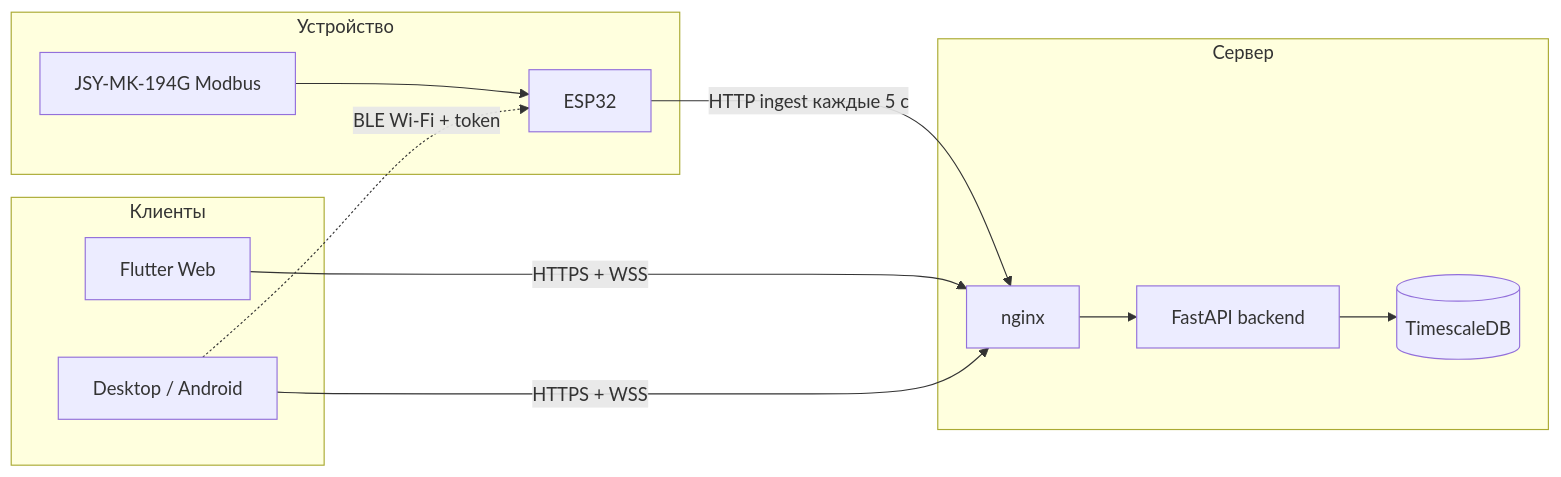
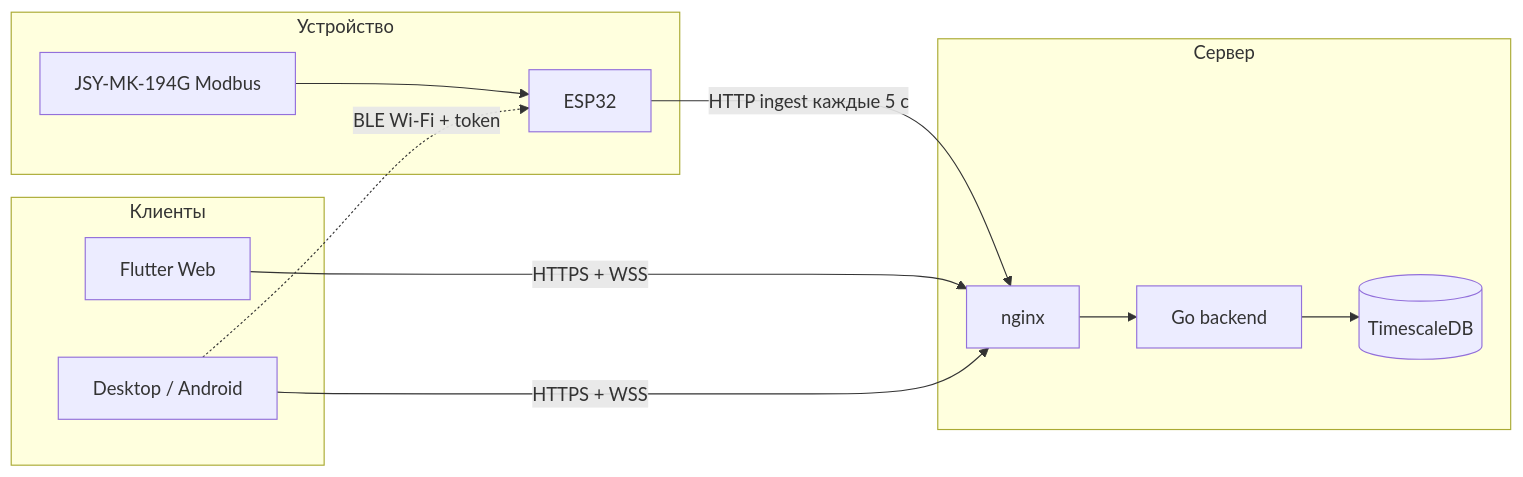
One commit to SamNitelno/TEC-Sensor-Monitor changed the first of 2 diagrams in README.md. Above: the diagram before and after it, drawn with Mermaid. The commit also changed other lines of this file and 215 other files, not shown here.

````diff
--- a/README.md
+++ b/README.md
@@ -74,25 +74,25 @@
 ```mermaid
 flowchart LR
   subgraph device [Устройство]
     JSY[JSY-MK-194G Modbus]
     ESP[ESP32]
     JSY --> ESP
   end
 
   subgraph server [Сервер]
     NG[nginx]
-    BE[FastAPI backend]
+    BE[Go backend]
     DB[(TimescaleDB)]
     NG --> BE --> DB
   end
 
   subgraph clients [Клиенты]
     WEB[Flutter Web]
     APP[Desktop / Android]
   end
 
   ESP -->|HTTP ingest каждые 5 с| NG
   WEB -->|HTTPS + WSS| NG
   APP -->|HTTPS + WSS| NG
   APP -.->|BLE Wi-Fi + token| ESP
 ```
````
